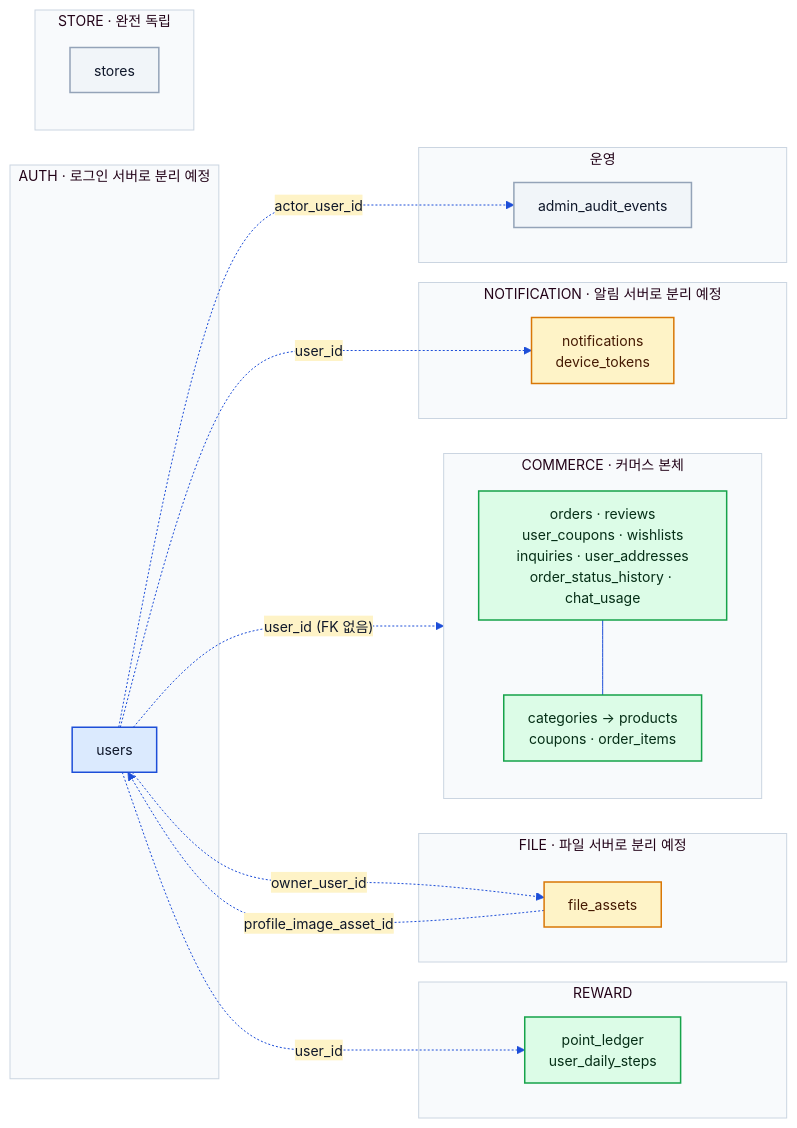
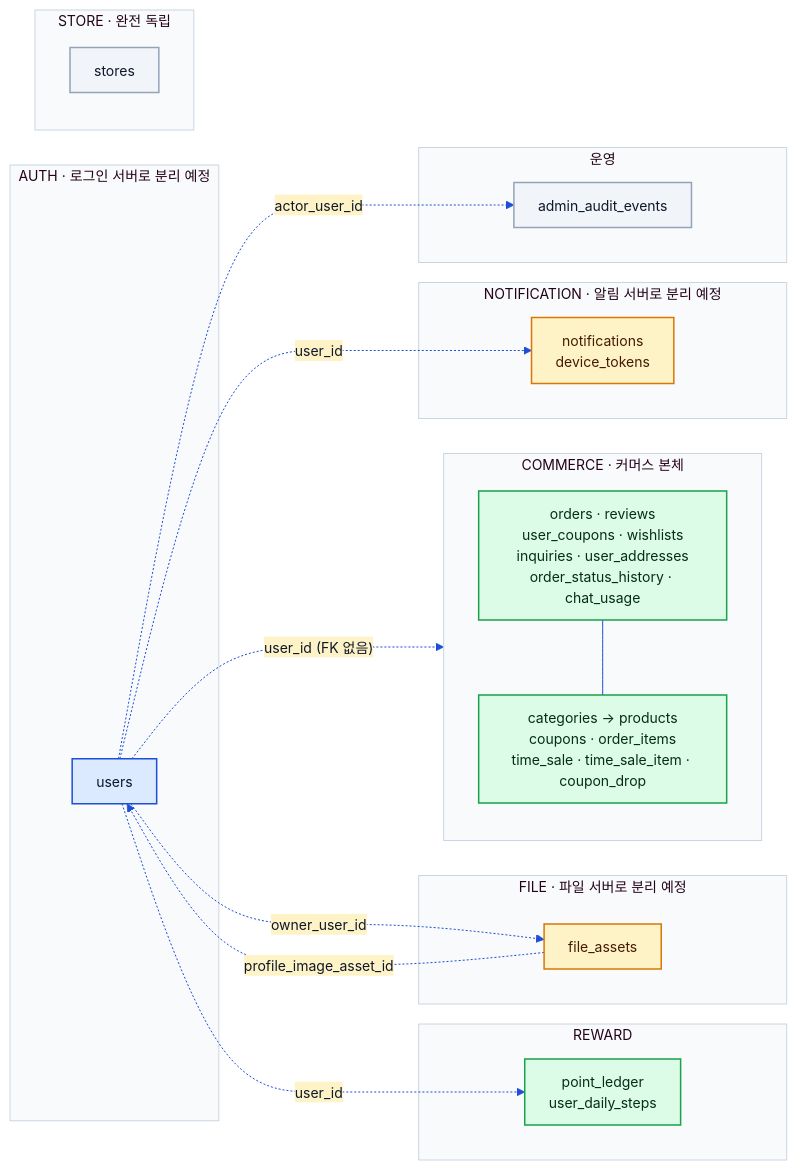
The second of 2 diagrams in docs/architecture/02-data-model-erd.md (s-work-agency/ssw-e-commerce-demo-public), drawn with Mermaid before and after one commit. The commit also changed other lines of this file and 18 other files, not shown here.

````diff
--- a/docs/architecture/02-data-model-erd.md
+++ b/docs/architecture/02-data-model-erd.md
@@ -290,51 +322,51 @@
 ```mermaid
 %%{init: {"theme":"base","fontFamily":"Pretendard, Malgun Gothic, sans-serif","themeVariables":{"fontSize":"14px","primaryColor":"#DBEAFE","primaryBorderColor":"#1D4ED8","primaryTextColor":"#0F172A","lineColor":"#1D4ED8","secondaryColor":"#FEF3C7","tertiaryColor":"#DCFCE7","clusterBkg":"#F8FAFC","clusterBorder":"#CBD5E1","noteBkgColor":"#FEF3C7","noteBorderColor":"#D97706","actorBkg":"#DBEAFE","actorBorder":"#1D4ED8","actorTextColor":"#0F172A","signalColor":"#1D4ED8","signalTextColor":"#0F172A","labelBoxBkgColor":"#DBEAFE","labelBoxBorderColor":"#1D4ED8","altSectionBkgColor":"#F8FAFC"},"flowchart":{"curve":"basis","htmlLabels":true,"padding":12}}}%%
 %% 공통 브랜드 테마 — architecture/*.md 전 다이어그램에 동일한 init 블록이 들어간다. 색을 바꿀 때는 이 폴더 전 파일을 일괄 치환할 것.
 flowchart LR
     subgraph auth["AUTH · 로그인 서버로 분리 예정"]
         users["users"]
     end
 
     subgraph commerce["COMMERCE · 커머스 본체"]
         direction TB
         cOrders["orders · reviews<br/>user_coupons · wishlists<br/>inquiries · user_addresses<br/>order_status_history · chat_usage"]
-        cCore["categories → products<br/>coupons · order_items"]
+        cCore["categories → products<br/>coupons · order_items<br/>time_sale · time_sale_item · coupon_drop"]
     end
 
     subgraph reward["REWARD"]
         ledger["point_ledger<br/>user_daily_steps"]
     end
 
     subgraph file["FILE · 파일 서버로 분리 예정"]
         assets["file_assets"]
     end
 
     subgraph noti["NOTIFICATION · 알림 서버로 분리 예정"]
         notis["notifications<br/>device_tokens"]
     end
 
     subgraph ops["운영"]
         audit["admin_audit_events"]
     end
 
     subgraph store["STORE · 완전 독립"]
         stores["stores"]
     end
 
     users -. "user_id (FK 없음)" .-> cOrders
     users -. "user_id" .-> ledger
     users -. "owner_user_id" .-> assets
     users -. "user_id" .-> notis
     users -. "actor_user_id" .-> audit
     assets -. "profile_image_asset_id" .-> users
     cOrders --- cCore
 
     classDef ctxAuth fill:#DBEAFE,stroke:#1D4ED8,stroke-width:1.5px,color:#0F172A
     classDef ctxCore fill:#DCFCE7,stroke:#16A34A,stroke-width:1.5px,color:#052E16
     classDef ctxSplit fill:#FEF3C7,stroke:#D97706,stroke-width:1.5px,color:#451A03
     classDef ctxIndep fill:#F1F5F9,stroke:#94A3B8,stroke-width:1.5px,color:#0F172A
     class users ctxAuth
     class cOrders,cCore,ledger ctxCore
     class assets,notis ctxSplit
     class stores,audit ctxIndep
 ```
````
